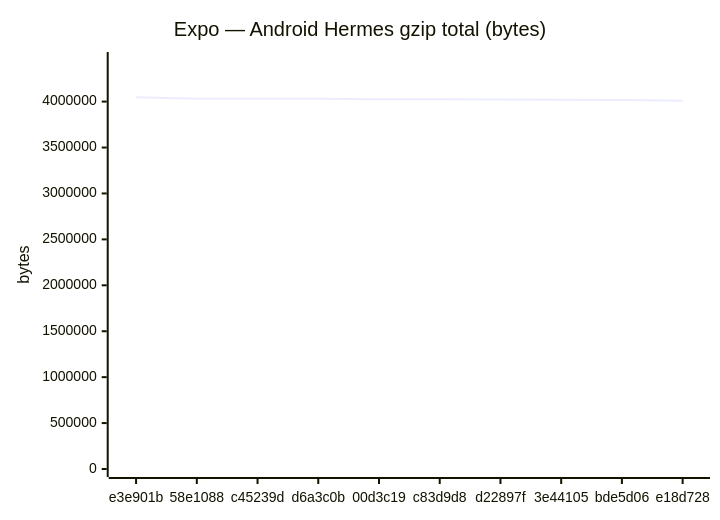
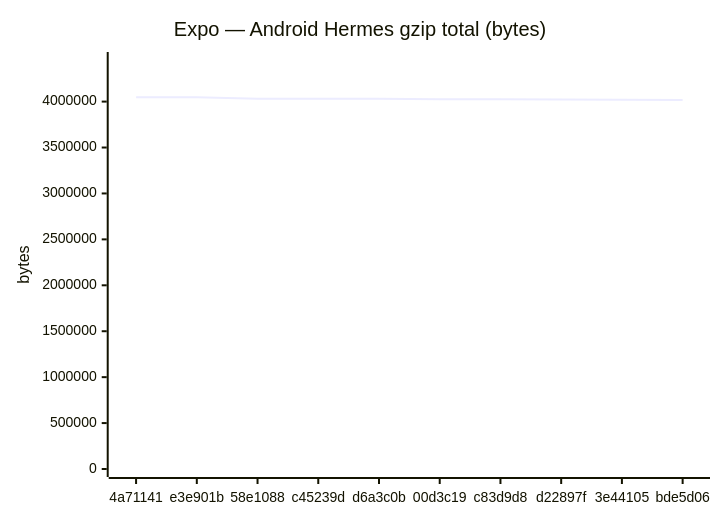
The fifth of 18 diagrams in benchmarks/compare.md (Metaheurist/Rianell), drawn with Mermaid before and after one commit. The commit also changed other lines of this file and 11 other files, not shown here.

````diff
--- a/benchmarks/compare.md
+++ b/benchmarks/compare.md
@@ -89,7 +89,7 @@
 ```mermaid
 xychart-beta
     title "Expo — Android Hermes gzip total (bytes)"
-    x-axis ["e3e901b", "58e1088", "c45239d", "d6a3c0b", "00d3c19", "c83d9d8", "d22897f", "3e44105", "bde5d06", "e18d728"]
+    x-axis ["4a71141", "e3e901b", "58e1088", "c45239d", "d6a3c0b", "00d3c19", "c83d9d8", "d22897f", "3e44105", "bde5d06"]
     y-axis "bytes" 0 --> 4452901
-    line [4048091, 4030638, 4030634, 4030639, 4025609, 4026084, 4023969, 4020690, 4016661, 4010565]
+    line [4046554, 4048091, 4030638, 4030634, 4030639, 4025609, 4026084, 4023969, 4020690, 4016661]
 ```
````
